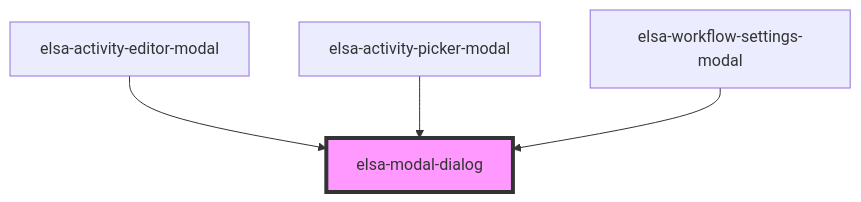
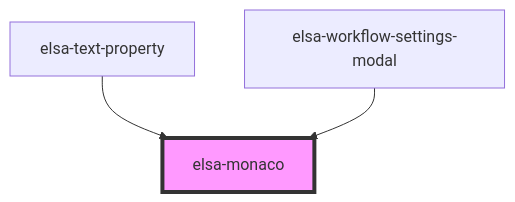
The diagram in src/designer/elsa-workflows-studio/src/components/editors/monaco/elsa-monaco/readme.md (elsa-workflows/elsa-core), drawn with Mermaid before and after one commit. The commit also changed other lines of this file and 38 other files, not shown here.

````diff
--- a/src/designer/elsa-workflows-studio/src/components/editors/monaco/elsa-monaco/readme.md
+++ b/src/designer/elsa-workflows-studio/src/components/editors/monaco/elsa-monaco/readme.md
@@ -40,7 +46,6 @@
 ```mermaid
 graph TD;
-  elsa-activity-editor-modal --> elsa-modal-dialog
-  elsa-activity-picker-modal --> elsa-modal-dialog
-  elsa-workflow-settings-modal --> elsa-modal-dialog
-  style elsa-modal-dialog fill:#f9f,stroke:#333,stroke-width:4px
+  elsa-text-property --> elsa-monaco
+  elsa-workflow-settings-modal --> elsa-monaco
+  style elsa-monaco fill:#f9f,stroke:#333,stroke-width:4px
 ```
````
